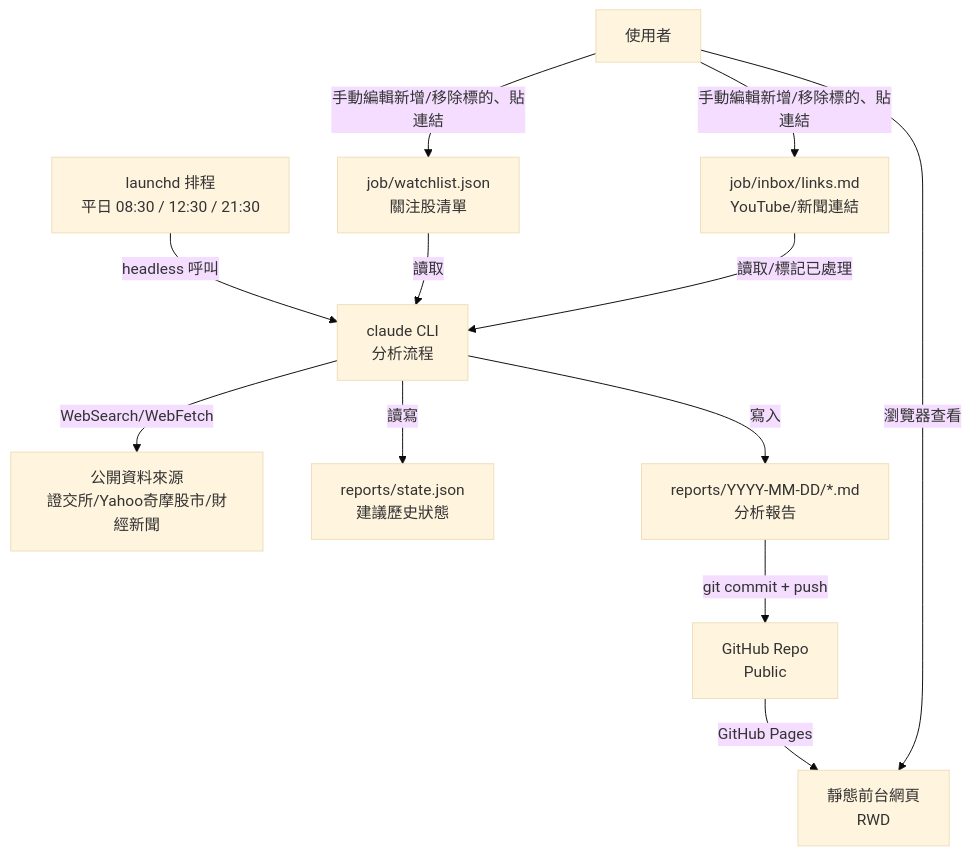
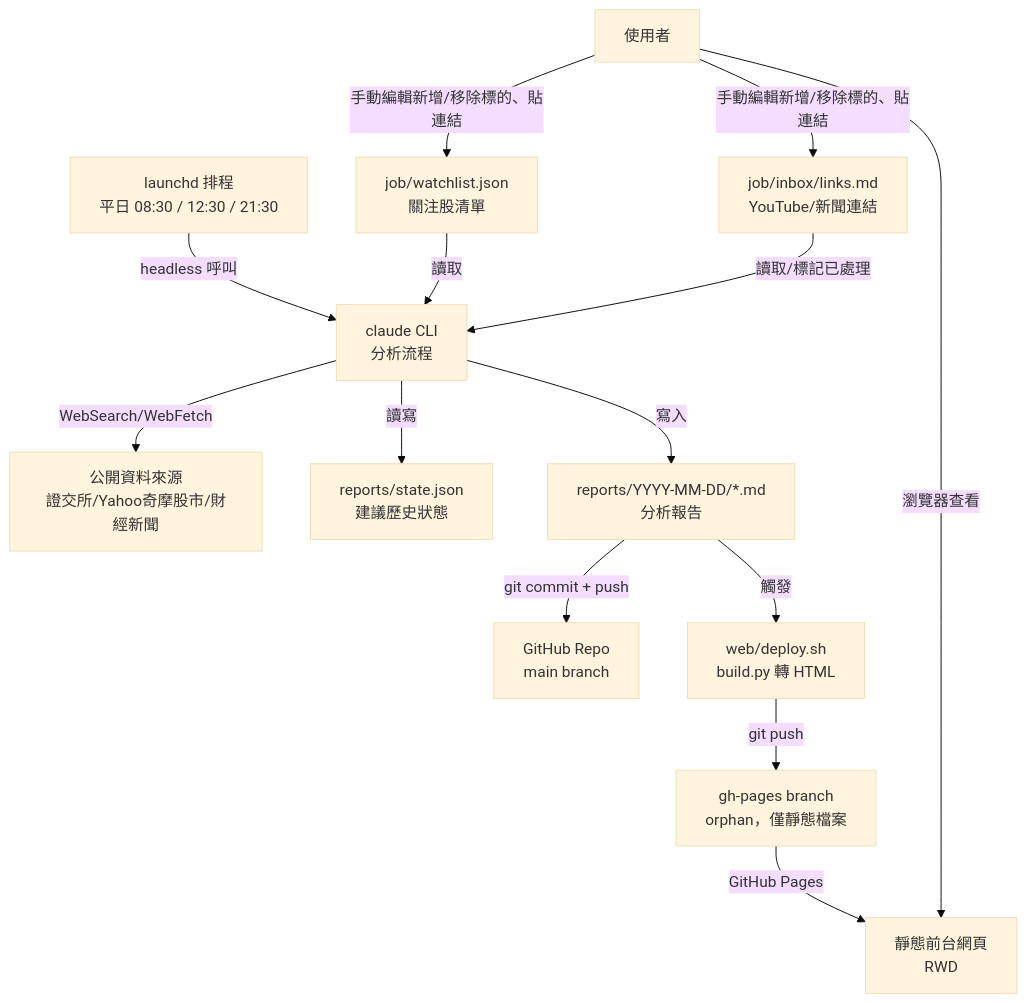
The diagram in docs/design/ARCHITECTURE.md (Blackjtsai/blackj-stock-point-guard), drawn with Mermaid (base theme) before and after one commit. The commit also changed other lines of this file and 11 other files, not shown here.

````diff
--- a/docs/design/ARCHITECTURE.md
+++ b/docs/design/ARCHITECTURE.md
@@ -5,14 +5,16 @@
 ```mermaid
 graph TD
     L[launchd 排程<br/>平日 08:30 / 12:30 / 21:30] -->|headless 呼叫| C[claude CLI<br/>分析流程]
     C -->|WebSearch/WebFetch| D[公開資料來源<br/>證交所/Yahoo奇摩股市/財經新聞]
     WL[job/watchlist.json<br/>關注股清單] -->|讀取| C
     IB[job/inbox/links.md<br/>YouTube/新聞連結] -->|讀取/標記已處理| C
     C -->|讀寫| S[reports/state.json<br/>建議歷史狀態]
     C -->|寫入| R[reports/YYYY-MM-DD/*.md<br/>分析報告]
-    R -->|git commit + push| G[GitHub Repo<br/>Public]
-    G -->|GitHub Pages| W[靜態前台網頁<br/>RWD]
+    R -->|git commit + push| G[GitHub Repo<br/>main branch]
+    R -->|觸發| B[web/deploy.sh<br/>build.py 轉 HTML]
+    B -->|git push| GP[gh-pages branch<br/>orphan，僅靜態檔案]
+    GP -->|GitHub Pages| W[靜態前台網頁<br/>RWD]
     U[使用者] -->|瀏覽器查看| W
     U -->|手動編輯新增/移除標的、貼連結| WL
     U -->|手動編輯新增/移除標的、貼連結| IB
 ```
````
